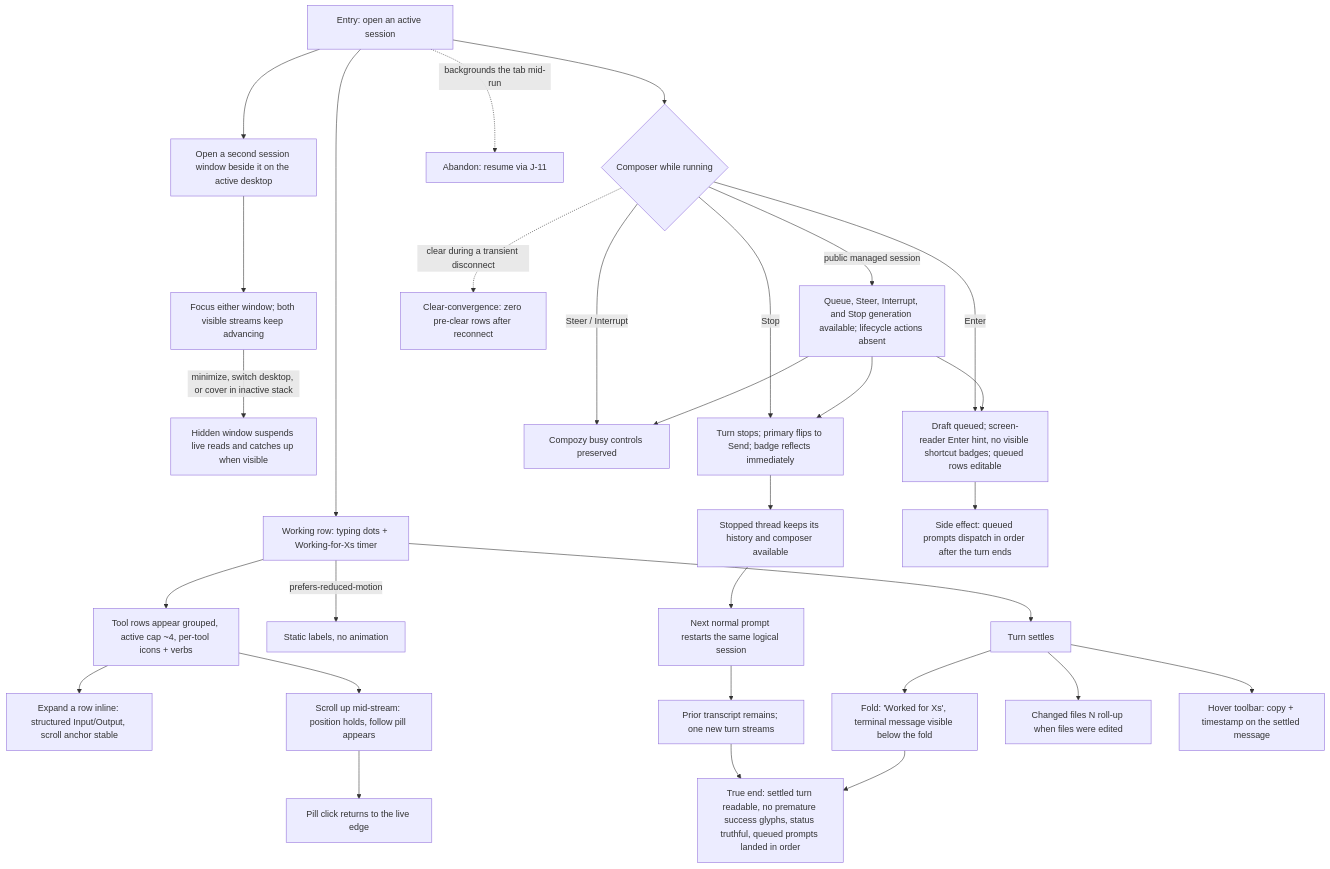
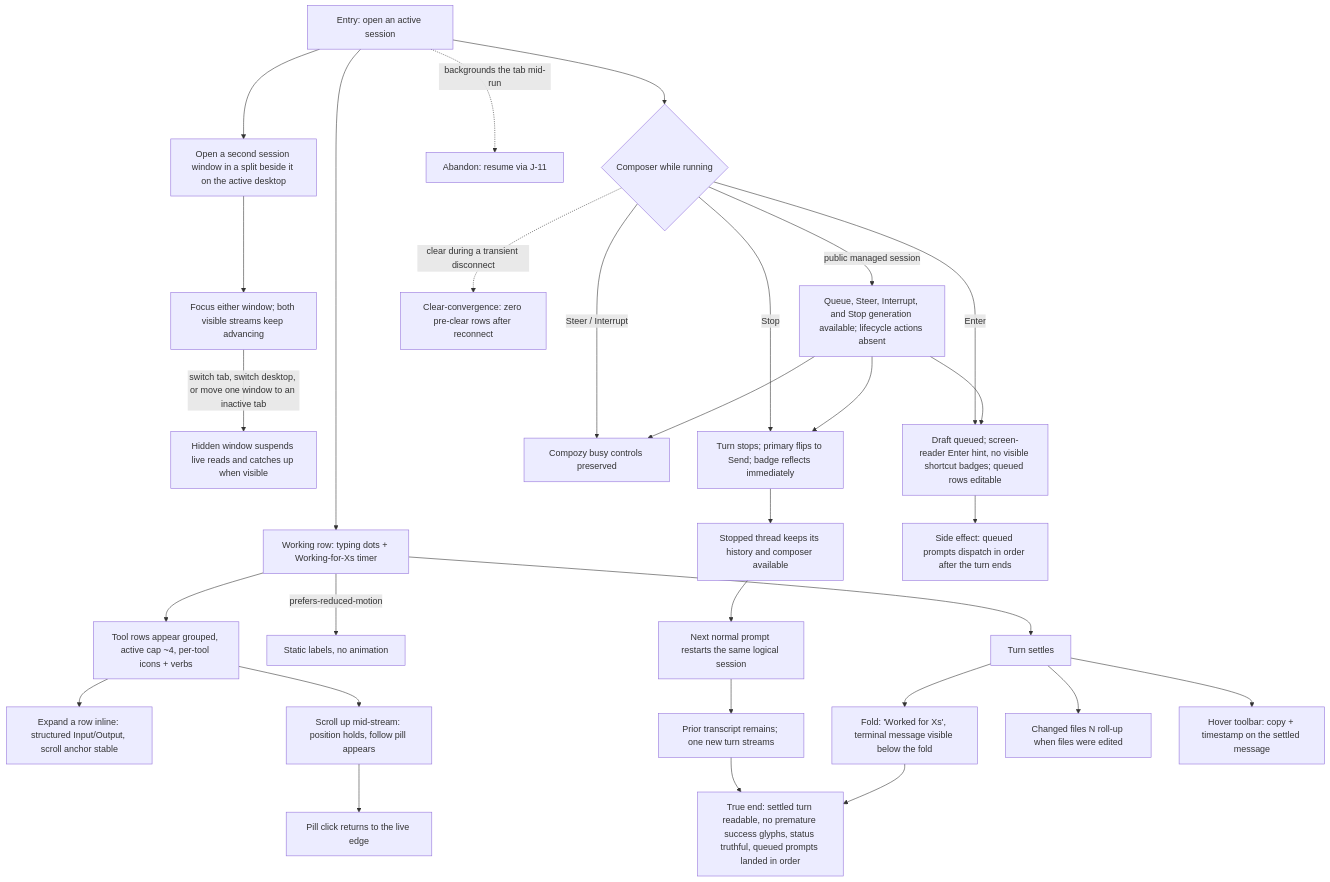
The diagram in docs/qa/journeys/J-13-follow-a-live-run.md (compozy/compozy), drawn with Mermaid before and after one commit. The commit also changed other lines of this file and 73 other files, not shown here.

````diff
--- a/docs/qa/journeys/J-13-follow-a-live-run.md
+++ b/docs/qa/journeys/J-13-follow-a-live-run.md
@@ -5,32 +5,32 @@
 ```mermaid
 flowchart TD
     E[Entry: open an active session] --> W[Working row: typing dots + Working-for-Xs timer]
-    E --> VW[Open a second session window beside it on the active desktop]
+    E --> VW[Open a second session window in a split beside it on the active desktop]
     VW --> VF[Focus either window; both visible streams keep advancing]
-    VF -->|minimize, switch desktop, or cover in inactive stack| VD[Hidden window suspends live reads and catches up when visible]
+    VF -->|switch tab, switch desktop, or move one window to an inactive tab| VD[Hidden window suspends live reads and catches up when visible]
     W --> TR[Tool rows appear grouped, active cap ~4, per-tool icons + verbs]
     TR --> EX[Expand a row inline: structured Input/Output, scroll anchor stable]
     TR --> SCRL[Scroll up mid-stream: position holds, follow pill appears]
     SCRL --> PILL[Pill click returns to the live edge]
     W -->|prefers-reduced-motion| RM[Static labels, no animation]
     E --> C{Composer while running}
     C -->|public managed session| MC[Queue, Steer, Interrupt, and Stop generation available; lifecycle actions absent]
     MC --> Q
     MC --> SI
     MC --> STP
     C -->|Enter| Q[Draft queued; screen-reader Enter hint, no visible shortcut badges; queued rows editable]
     C -->|Stop| STP[Turn stops; primary flips to Send; badge reflects immediately]
     STP --> READY[Stopped thread keeps its history and composer available]
     READY --> RESTART[Next normal prompt restarts the same logical session]
     RESTART --> SAME[Prior transcript remains; one new turn streams]
     C -->|Steer / Interrupt| SI[Compozy busy controls preserved]
     Q --> DQ[Side effect: queued prompts dispatch in order after the turn ends]
     W --> SET[Turn settles]
     SET --> F[Fold: 'Worked for Xs', terminal message visible below the fold]
     SET --> CF[Changed files N roll-up when files were edited]
     SET --> HT[Hover toolbar: copy + timestamp on the settled message]
     C -.->|clear during a transient disconnect| CLR[Clear-convergence: zero pre-clear rows after reconnect]
     E -.->|backgrounds the tab mid-run| AB[Abandon: resume via J-11]
     F --> TE[True end: settled turn readable, no premature success glyphs, status truthful, queued prompts landed in order]
     SAME --> TE
 ```
````
